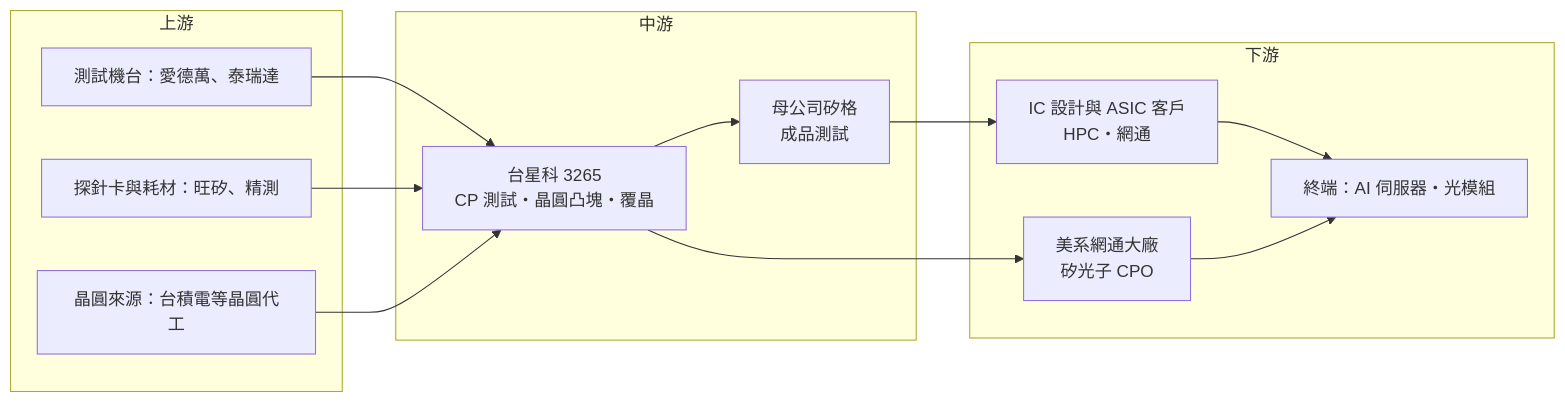
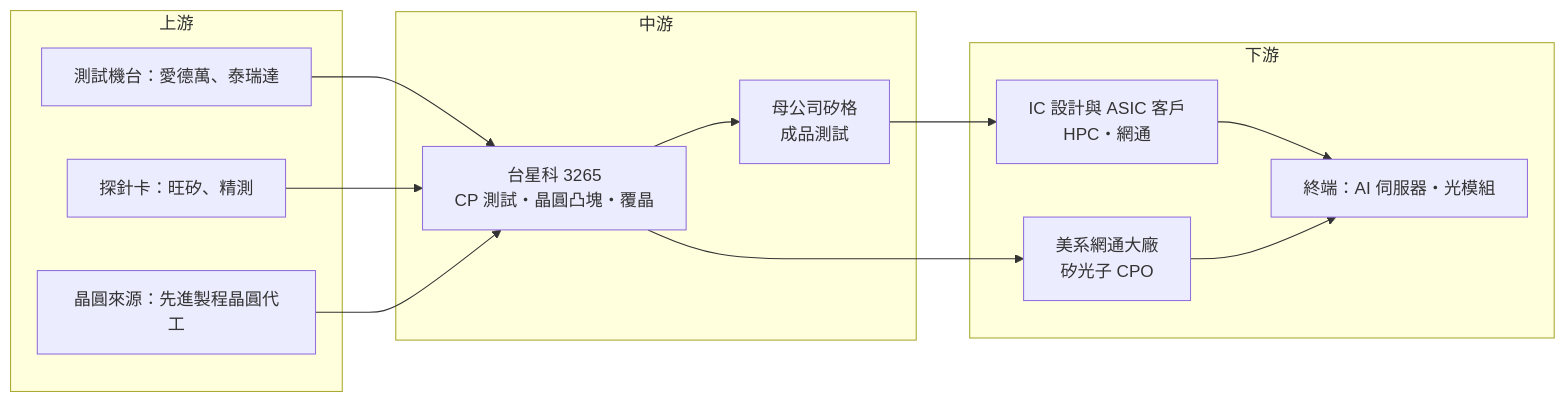
One commit to wangnick1004/taiwan-stock-vault changed the fourth of 4 diagrams in 個股/台股/3265台星科.md. Above: the diagram before and after it, drawn with Mermaid. The commit also changed other lines of this file and 142 other files, not shown here.

````diff
--- a/個股/台股/3265台星科.md
+++ b/個股/台股/3265台星科.md
@@ -216,25 +217,25 @@
 ```mermaid
 flowchart LR
     subgraph 上游
         A1[測試機台：愛德萬、泰瑞達]
-        A2[探針卡與耗材：旺矽、精測]
-        A3[晶圓來源：台積電等晶圓代工]
+        A2[探針卡：旺矽、精測]
+        A3[晶圓來源：先進製程晶圓代工]
     end
     subgraph 中游
         B["台星科 3265<br/>CP 測試・晶圓凸塊・覆晶"]
         B2[母公司矽格<br/>成品測試]
     end
     subgraph 下游
         C1[IC 設計與 ASIC 客戶<br/>HPC・網通]
         C2[美系網通大廠<br/>矽光子 CPO]
         C3[終端：AI 伺服器・光模組]
     end
     A1 --> B
     A2 --> B
     A3 --> B
     B --> B2
     B2 --> C1
     B --> C2
     C1 --> C3
     C2 --> C3
 ```
````
